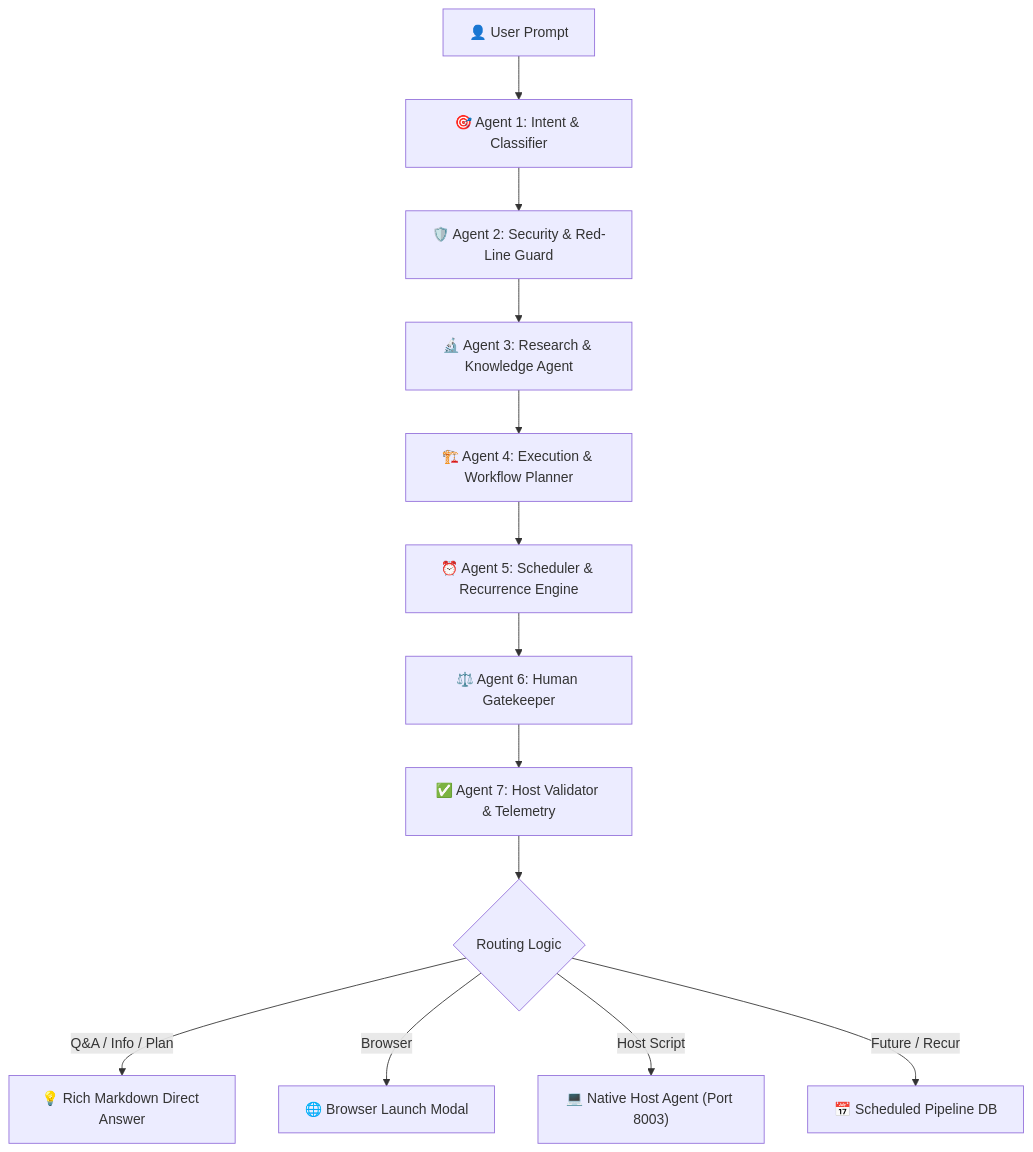
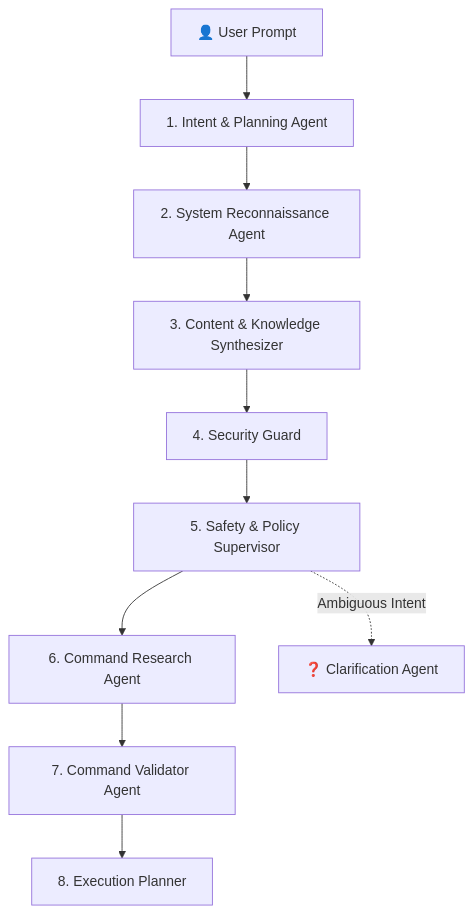
Before and after one commit to vishwajitvm/OmniShell: the diagram in docs/CAPABILITIES_MATRIX.md, drawn with Mermaid. The commit also changed other lines of this file and 19 other files, not shown here.

````diff
--- a/docs/CAPABILITIES_MATRIX.md
+++ b/docs/CAPABILITIES_MATRIX.md
@@ -37,16 +37,13 @@
 ```mermaid
 graph TD
-    UserPrompt["👤 User Prompt"] --> A1["🎯 Agent 1: Intent & Classifier"]
-    A1 --> A2["🛡️ Agent 2: Security & Red-Line Guard"]
-    A2 --> A3["🔬 Agent 3: Research & Knowledge Agent"]
-    A3 --> A4["🏗️ Agent 4: Execution & Workflow Planner"]
-    A4 --> A5["⏰ Agent 5: Scheduler & Recurrence Engine"]
-    A5 --> A6["⚖️ Agent 6: Human Gatekeeper"]
-    A6 --> A7["✅ Agent 7: Host Validator & Telemetry"]
-    
-    A7 --> OutputRouter{"Routing Logic"}
-    OutputRouter -->|"Q&A / Info / Plan"| DirectAnswerCard["💡 Rich Markdown Direct Answer"]
-    OutputRouter -->|"Browser"| BrowserLauncher["🌐 Browser Launch Modal"]
-    OutputRouter -->|"Host Script"| HostExecutor["💻 Native Host Agent (Port 8003)"]
-    OutputRouter -->|"Future / Recur"| PostgresScheduler["📅 Scheduled Pipeline DB"]
+    UserPrompt["👤 User Prompt"] --> A1["1. Intent & Planning Agent"]
+    A1 --> A2["2. System Reconnaissance Agent"]
+    A2 --> A3["3. Content & Knowledge Synthesizer"]
+    A3 --> A4["4. Security Guard"]
+    A4 --> A5["5. Safety & Policy Supervisor"]
+    A5 --> A6["6. Command Research Agent"]
+    A6 --> A7["7. Command Validator Agent"]
+    A7 --> A8["8. Execution Planner"]
+
+    A5 -.->|"Ambiguous Intent"| ClarifyAgent["❓ Clarification Agent"]
 ```
````
